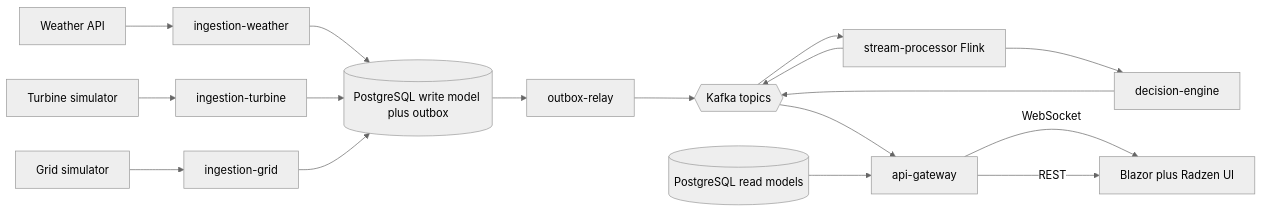
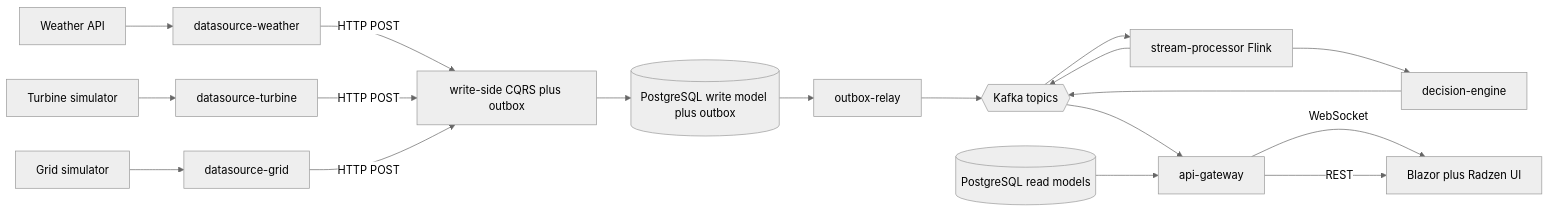
One commit to asaleh-lab/AetherStream changed the first of 2 diagrams in specs/001-aetherstream/architecture.md. Above: the diagram before and after it, drawn with Mermaid (neutral theme). The commit also changed other lines of this file and 53 other files, not shown here.

First line of the commit message:
refactor(services): split thin datasource producers from write-side backbone

````diff
--- a/specs/001-aetherstream/architecture.md
+++ b/specs/001-aetherstream/architecture.md
@@ -60,23 +61,25 @@
 ```mermaid
 flowchart LR
-  weatherApi[Weather API] --> ingWeather[ingestion-weather]
-  turbineSim[Turbine simulator] --> ingTurbine[ingestion-turbine]
-  gridSim[Grid simulator] --> ingGrid[ingestion-grid]
+  weatherApi[Weather API] --> dsWeather[datasource-weather]
+  turbineSim[Turbine simulator] --> dsTurbine[datasource-turbine]
+  gridSim[Grid simulator] --> dsGrid[datasource-grid]
 
-  ingWeather --> db[(PostgreSQL write model plus outbox)]
-  ingTurbine --> db
-  ingGrid --> db
+  dsWeather -->|HTTP POST| writeSide[write-side CQRS plus outbox]
+  dsTurbine -->|HTTP POST| writeSide
+  dsGrid -->|HTTP POST| writeSide
+
+  writeSide --> db[(PostgreSQL write model plus outbox)]
 
   db --> relay[outbox-relay]
   relay --> topics{{Kafka topics}}
 
   topics --> processor[stream-processor Flink]
   processor --> topics
   processor --> decision[decision-engine]
   decision --> topics
 
   topics --> gateway[api-gateway]
   read[(PostgreSQL read models)] --> gateway
   gateway -->|WebSocket| ui[Blazor plus Radzen UI]
   gateway -->|REST| ui
 ```
````
